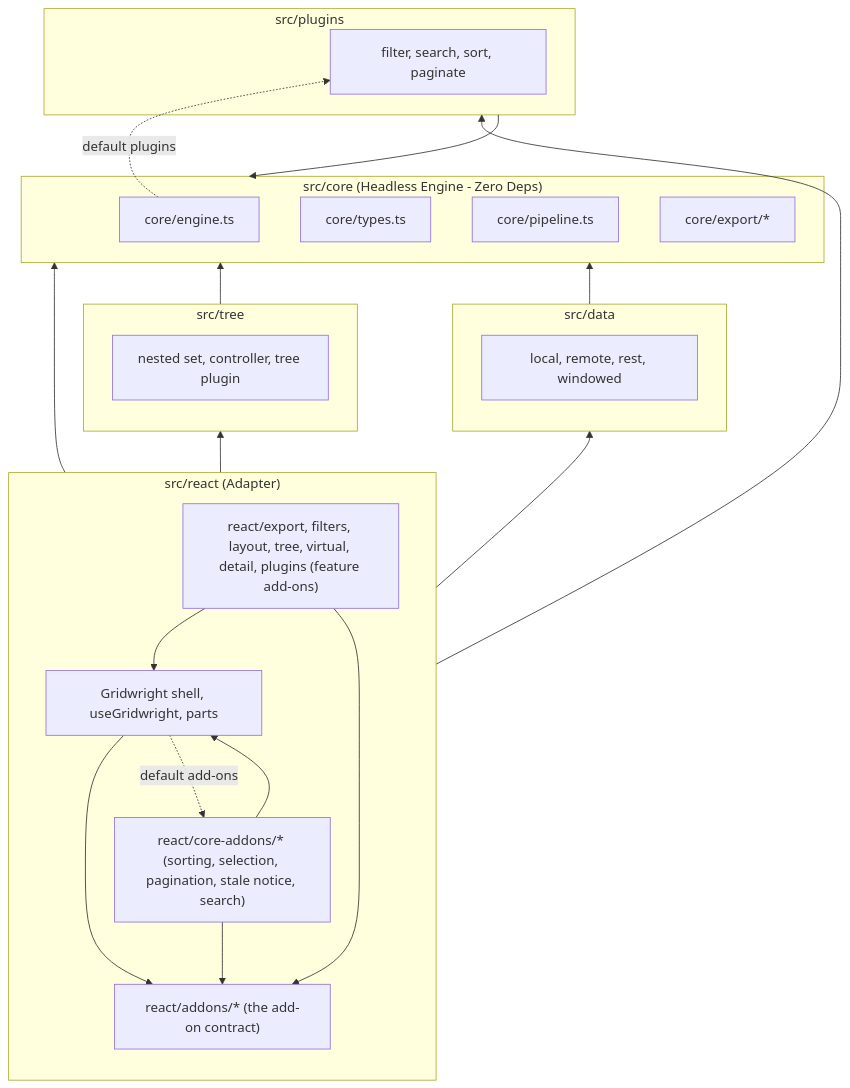
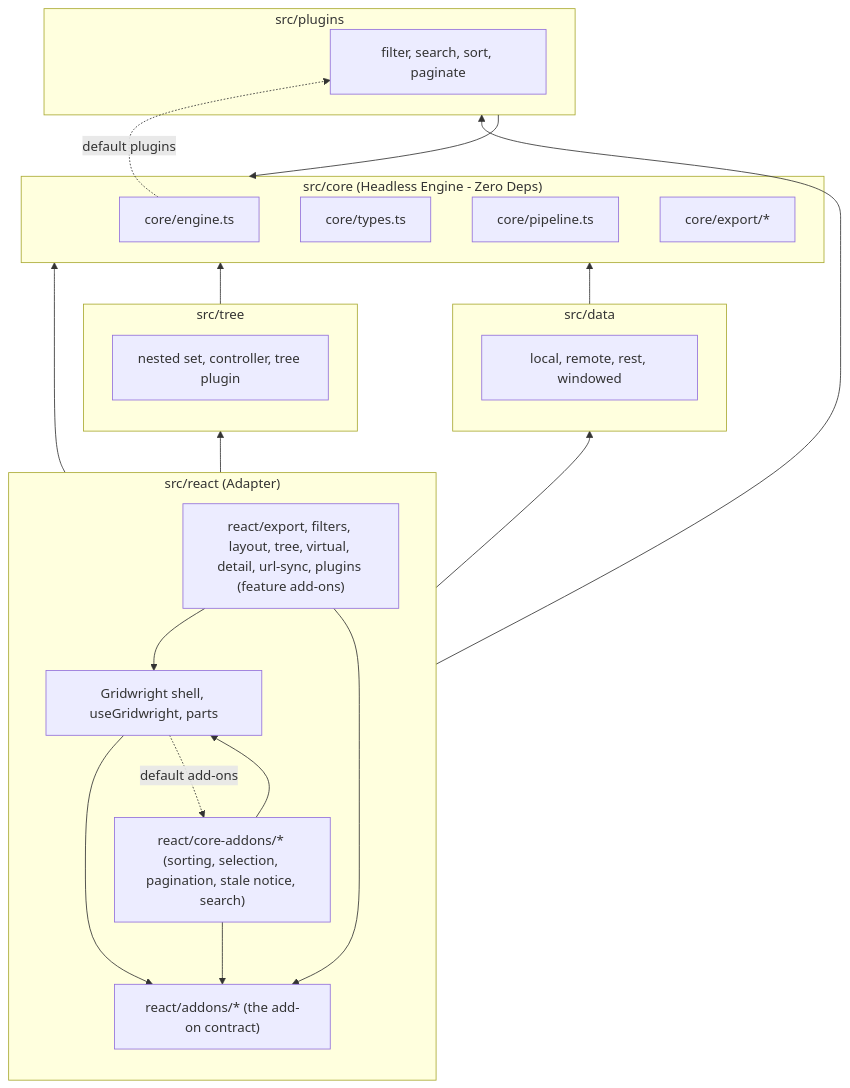
Before and after one commit to yaotzin1/apsw-gridwright: the first of 2 diagrams in specs/DEPENDENCY_MAP.md, drawn with Mermaid. The commit also changed other lines of this file and 32 other files, not shown here.

````diff
--- a/specs/DEPENDENCY_MAP.md
+++ b/specs/DEPENDENCY_MAP.md
@@ -7,44 +7,44 @@
 ```mermaid
 graph BT
     subgraph ReactLayer["src/react (Adapter)"]
         Shell["Gridwright shell, useGridwright, parts"]
         Contract["react/addons/* (the add-on contract)"]
         CoreAddons["react/core-addons/* (sorting, selection, pagination, stale notice, search)"]
-        FeatureAddons["react/export, filters, layout, tree, virtual, detail, plugins (feature add-ons)"]
+        FeatureAddons["react/export, filters, layout, tree, virtual, detail, url-sync, plugins (feature add-ons)"]
 
         Shell --> Contract
         Shell -. "default add-ons" .-> CoreAddons
         CoreAddons --> Contract
         FeatureAddons --> Contract
         CoreAddons --> Shell
         FeatureAddons --> Shell
     end
 
     subgraph PluginsLayer["src/plugins"]
         BuiltinPlugins["filter, search, sort, paginate"]
     end
 
     subgraph TreeLayer["src/tree"]
         TreeCore["nested set, controller, tree plugin"]
     end
 
     subgraph DataLayer["src/data"]
         DataSources["local, remote, rest, windowed"]
     end
 
     subgraph CoreLayer["src/core (Headless Engine - Zero Deps)"]
         Engine["core/engine.ts"]
         CoreTypes["core/types.ts"]
         Pipeline["core/pipeline.ts"]
         CoreExport["core/export/*"]
     end
 
     ReactLayer --> CoreLayer
     PluginsLayer --> CoreLayer
     TreeLayer --> CoreLayer
     DataLayer --> CoreLayer
     ReactLayer --> PluginsLayer
     ReactLayer --> TreeLayer
     ReactLayer --> DataLayer
     Engine -. "default plugins" .-> BuiltinPlugins
 ```
````
